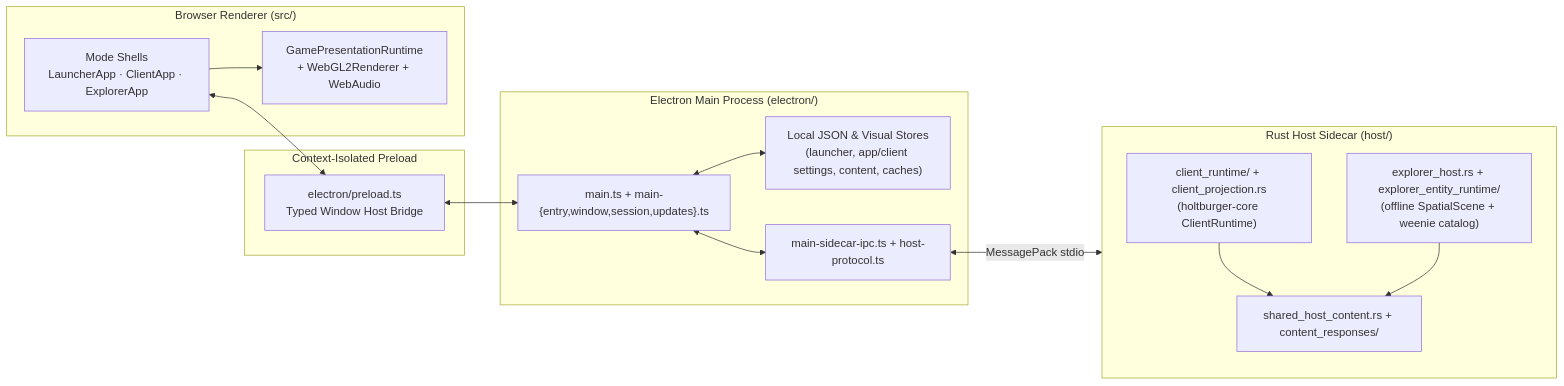
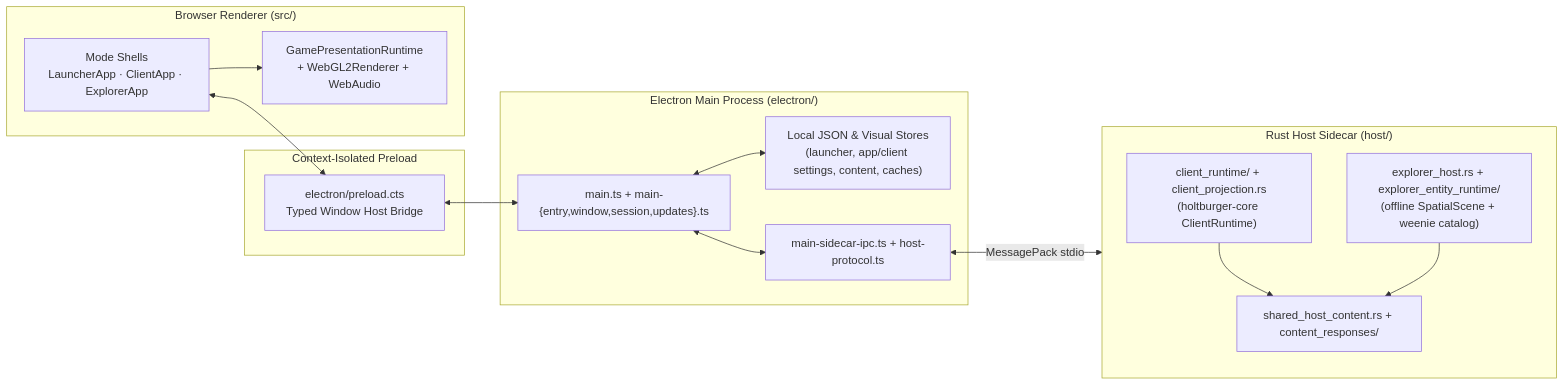
The diagram in apps/holtburger-3d/ARCHITECTURE.md (merklejerk/holtburger), drawn with Mermaid before and after one commit. The commit also changed other lines of this file and 238 other files, not shown here.

````diff
--- a/apps/holtburger-3d/ARCHITECTURE.md
+++ b/apps/holtburger-3d/ARCHITECTURE.md
@@ -15,30 +15,30 @@
 ```mermaid
 flowchart LR
     subgraph Main["Electron Main Process (electron/)"]
         Entry["main.ts + main-{entry,window,session,updates}.ts"]
         Stores["Local JSON & Visual Stores<br/>(launcher, app/client settings, content, caches)"]
         Bridge["main-sidecar-ipc.ts + host-protocol.ts"]
     end
 
     subgraph Preload["Context-Isolated Preload"]
-        IPC["electron/preload.ts<br/>Typed Window Host Bridge"]
+        IPC["electron/preload.cts<br/>Typed Window Host Bridge"]
     end
 
     subgraph Renderer["Browser Renderer (src/)"]
         Shells["Mode Shells<br/>LauncherApp · ClientApp · ExplorerApp"]
         Runtime["GamePresentationRuntime<br/>+ WebGL2Renderer + WebAudio"]
     end
 
     subgraph Sidecar["Rust Host Sidecar (host/)"]
         Shared["shared_host_content.rs + content_responses/"]
         ClientHost["client_runtime/ + client_projection.rs<br/>(holtburger-core ClientRuntime)"]
         ExplorerHost["explorer_host.rs + explorer_entity_runtime/<br/>(offline SpatialScene + weenie catalog)"]
     end
 
     Shells <--> IPC <--> Entry
     Entry <--> Stores
     Entry <--> Bridge <-->|"MessagePack stdio"| Sidecar
     ClientHost --> Shared
     ExplorerHost --> Shared
     Shells --> Runtime
 ```
````
